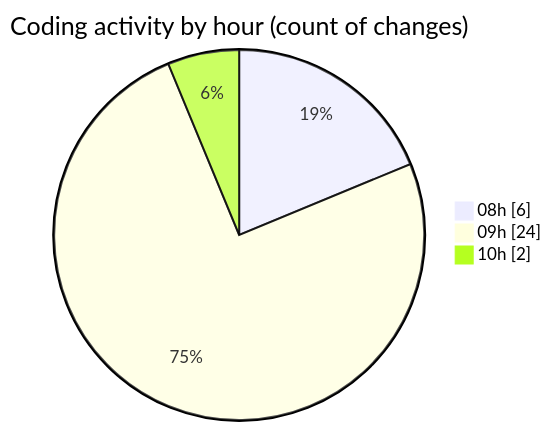
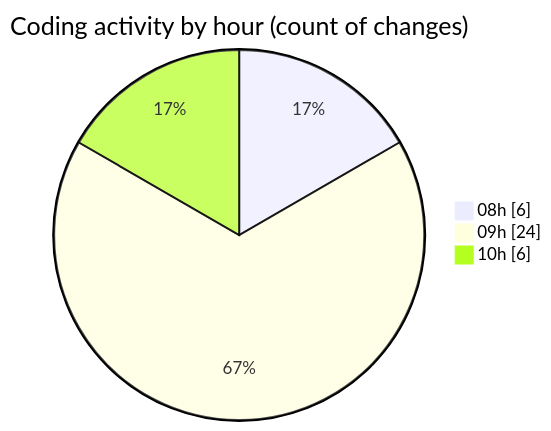
Before and after one commit to vahidmafi/code-tracking: the second of 2 diagrams in 2025-04-11/zeytoon/README.md, drawn with Mermaid. The commit also changed other lines of this file and 1 other file, not shown here.

````diff
--- a/2025-04-11/zeytoon/README.md
+++ b/2025-04-11/zeytoon/README.md
@@ -32,7 +32,7 @@
 ```mermaid
 pie showData
 title Coding activity by hour (count of changes)
 "08h" : 6
 "09h" : 24
-"10h" : 2
+"10h" : 6
 ```
````
